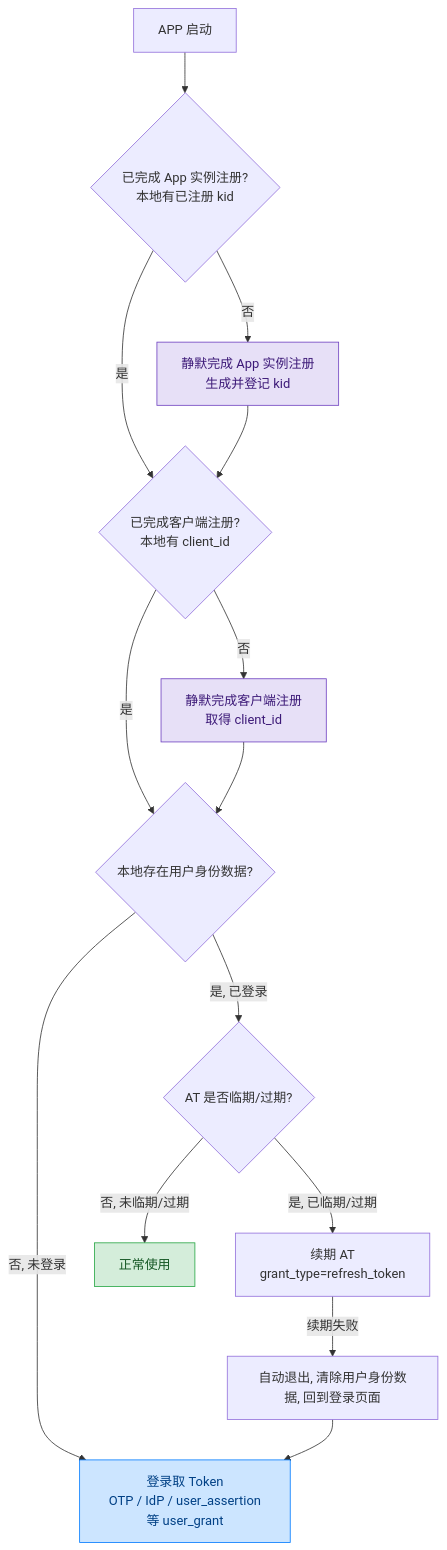
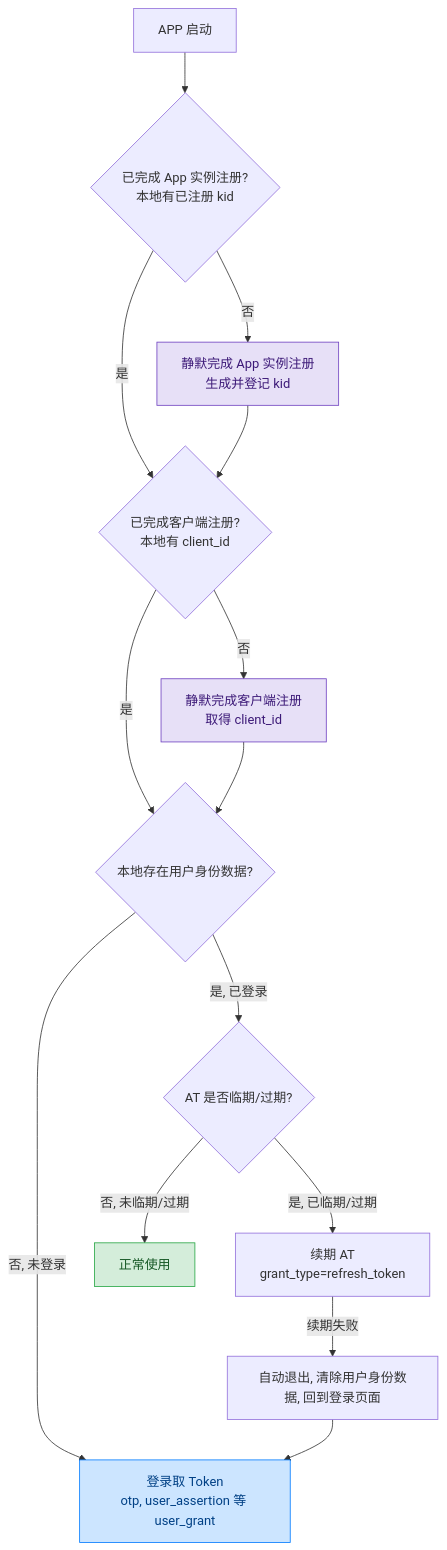
Before and after one commit to euler-projects/demo: the first of 6 diagrams in user-center/doc/apis/zh-cn/app-attest-login/v2/App-Attest-Login.md, drawn with Mermaid. The commit also changed other lines of this file, not shown here.

Commit message:
docs(app-attest): rework login docs

````diff
--- a/user-center/doc/apis/zh-cn/app-attest-login/v2/App-Attest-Login.md
+++ b/user-center/doc/apis/zh-cn/app-attest-login/v2/App-Attest-Login.md
@@ -18,24 +17,23 @@
 ```mermaid
 graph TB
-    A[APP 启动] --> C1{已完成 App 实例注册?\n本地有已注册 kid}
-    C1 -- 否 --> D1[静默完成 App 实例注册\n生成并登记 kid]
-    C1 -- 是 --> C2{已完成客户端注册?\n本地有 client_id}
+    A[APP 启动] --> C1{已完成 App 实例注册?<br>本地有已注册 kid}
+    C1 -- 否 --> D1[静默完成 App 实例注册<br>生成并登记 kid]
+    C1 -- 是 --> C2{已完成客户端注册?<br>本地有 client_id}
     D1 --> C2
-    C2 -- 否 --> D2[静默完成客户端注册\n取得 client_id]
+    C2 -- 否 --> D2[静默完成客户端注册<br>取得 client_id]
     C2 -- 是 --> P{本地存在用户身份数据?}
     D2 --> P
-    P -- 否, 未登录 --> LOGIN[登录取 Token\n OTP / IdP / user_assertion 等 user_grant]
+    P -- 否, 未登录 --> LOGIN[登录取 Token<br>otp, user_assertion 等 user_grant]
     P -- 是, 已登录 --> T{AT 是否临期/过期?}
-    T -- 是, 已临期/过期 --> E[续期 AT\n grant_type=refresh_token]
+    T -- 是, 已临期/过期 --> E[续期 AT<br>grant_type=refresh_token]
     T -- 否, 未临期/过期 --> U[正常使用]
     E -- 续期失败 --> X[自动退出, 清除用户身份数据, 回到登录页面]
     X --> LOGIN
     classDef enroll fill: #e7e0f7, stroke: #6f42c1, stroke-width: 1px, color: #3d1a78
     classDef scene2 fill: #cce5ff, stroke: #007bff, stroke-width: 1px, color: #004085
     classDef normal fill: #d4edda, stroke: #28a745, stroke-width: 1px, color: #155724
-    classDef disabled fill: #e2e3e5, stroke: #6c757d, stroke-width: 1px, color: #383d41
     class D1 enroll
     class D2 enroll
     class LOGIN scene2
     class U normal
 ```
````
